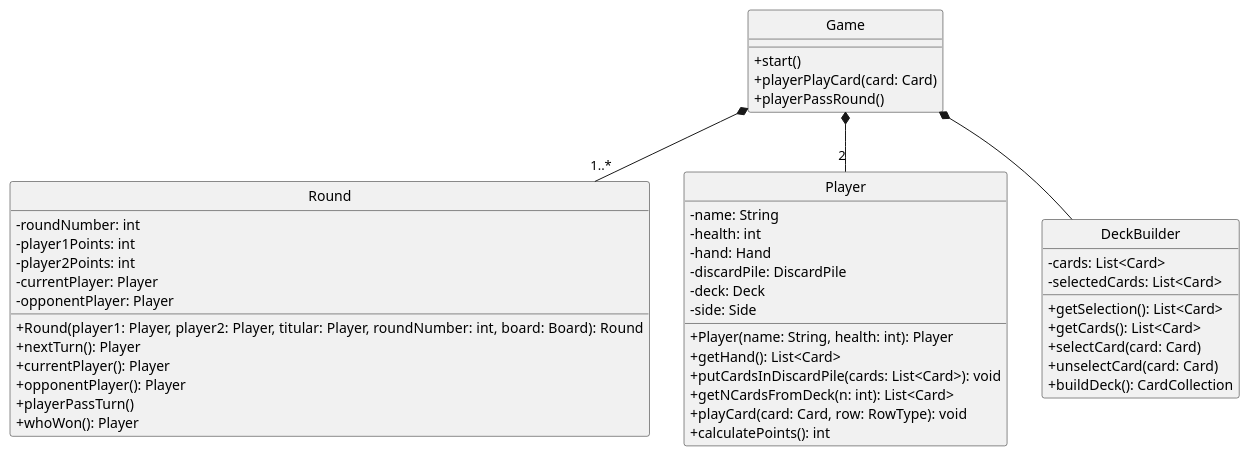
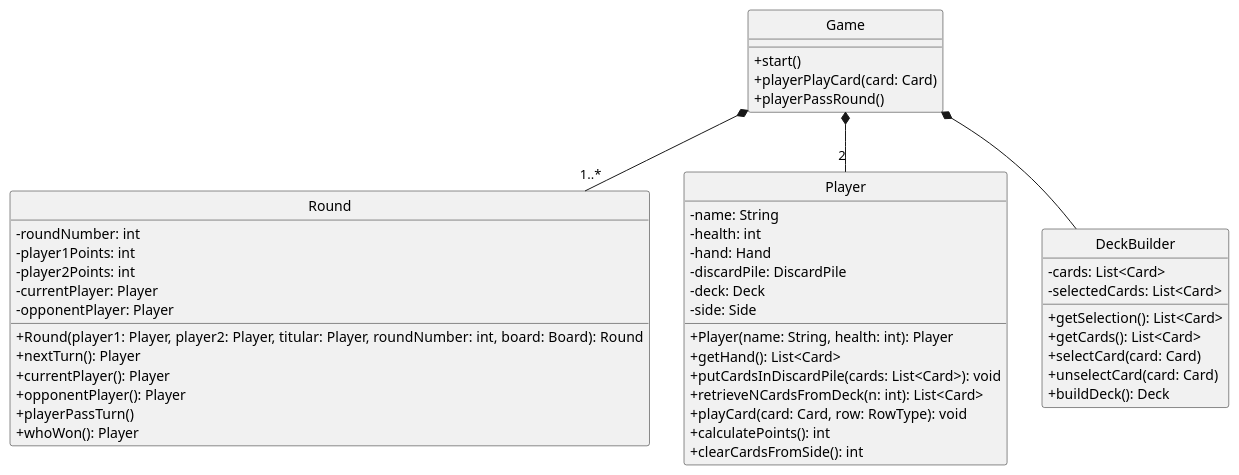
The diagram in diagrams/classes/game.plantuml (Yonhir/algo3_proyecto_base_tp2), drawn with PlantUML before and after one commit. The commit also changed 1 other file, not shown here.

Commit message:
cambio en nombres de métodos de las clases Player y DeckBuilder

```diff
--- a/diagrams/classes/game.plantuml
+++ b/diagrams/classes/game.plantuml
@@ -1,63 +1,64 @@
 @startuml
 
 skinparam monochrome true
 hide circle
 skinparam classAttributeIconSize 0
 
 ' =====================
 ' GAME
 ' =====================
 class Game {
   +start()
   +playerPlayCard(card: Card)
   +playerPassRound()
 }
 
 class Round {
   -roundNumber: int
   -player1Points: int
   -player2Points: int
   -currentPlayer: Player
   -opponentPlayer: Player
   +Round(player1: Player, player2: Player, titular: Player, roundNumber: int, board: Board): Round
   +nextTurn(): Player
   +currentPlayer(): Player
   +opponentPlayer(): Player
   +playerPassTurn()
   +whoWon(): Player
 }
 
 class Player {
   -name: String
   -health: int
   -hand: Hand
   -discardPile: DiscardPile
   -deck: Deck
   -side: Side
   +Player(name: String, health: int): Player
   +getHand(): List<Card>
   +putCardsInDiscardPile(cards: List<Card>): void
-  +getNCardsFromDeck(n: int): List<Card>
+  +retrieveNCardsFromDeck(n: int): List<Card>
   +playCard(card: Card, row: RowType): void
   +calculatePoints(): int
+  +clearCardsFromSide(): int
 }
 
 class DeckBuilder {
   -cards: List<Card>
   -selectedCards: List<Card>
   +getSelection(): List<Card>
   +getCards(): List<Card>
   +selectCard(card: Card)
   +unselectCard(card: Card)
-  +buildDeck(): CardCollection
+  +buildDeck(): Deck
 }
 
 ' =====================
 ' RELATIONSHIPS
 ' =====================
 
 Game *-- "1..*" Round
 Game *-- "2" Player
 Game *-- DeckBuilder
 
 @enduml
```
